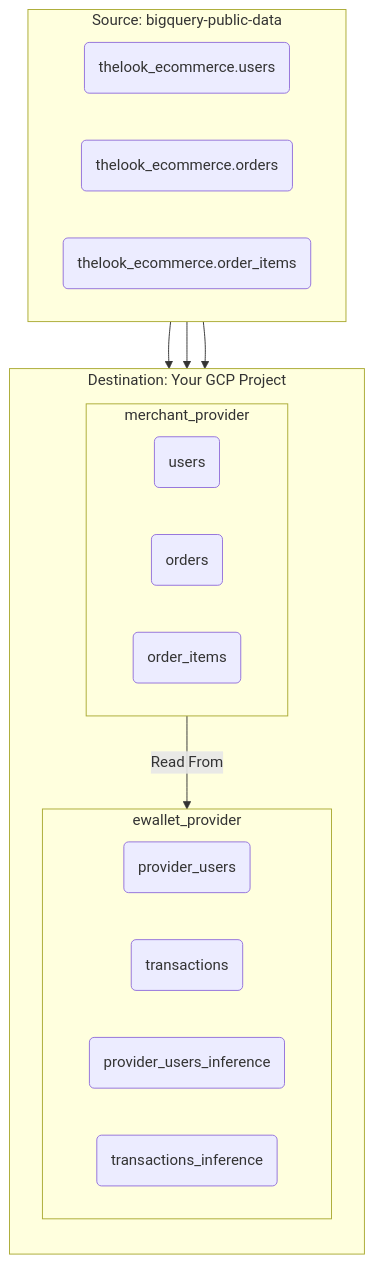
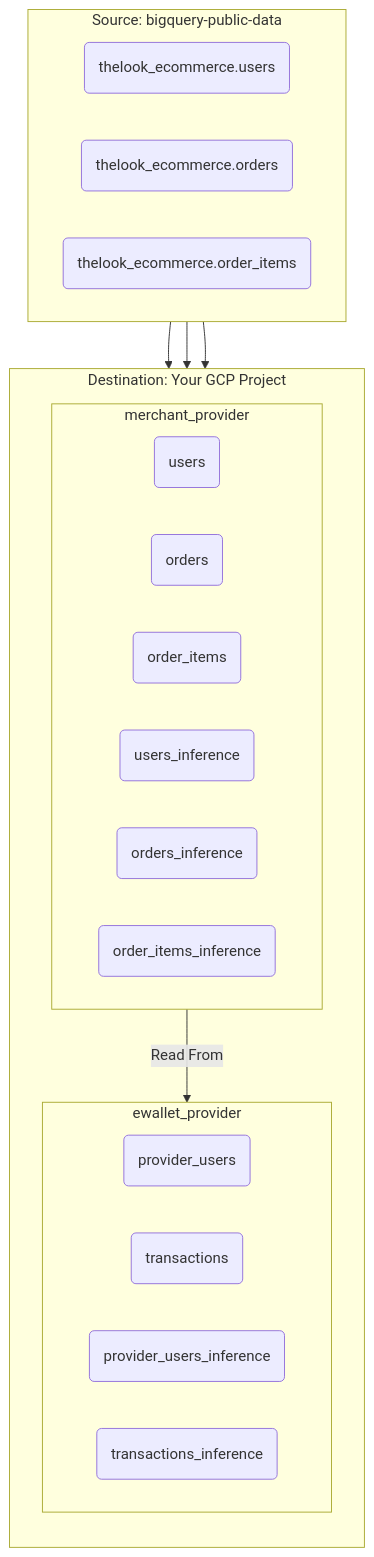
The first of 2 diagrams in README.md (johanesalxd/data-clean-room-demo), drawn with Mermaid before and after one commit. The commit also changed other lines of this file and 2 other files, not shown here.

````diff
--- a/README.md
+++ b/README.md
@@ -19,34 +17,37 @@
 ```mermaid
 graph TD
     subgraph PublicData [Source: bigquery-public-data]
         direction LR
         PublicUsers(thelook_ecommerce.users)
         PublicOrders(thelook_ecommerce.orders)
         PublicOrderItems(thelook_ecommerce.order_items)
     end
 
     subgraph YourProject [Destination: Your GCP Project]
         direction TB
 
         subgraph SnapshotDS [merchant_provider]
             direction LR
             SnapshotUsers(users)
             SnapshotOrders(orders)
             SnapshotOrderItems(order_items)
+            SnapshotUsersInf(users_inference)
+            SnapshotOrdersInf(orders_inference)
+            SnapshotOrderItemsInf(order_items_inference)
         end
 
         subgraph ProviderDS [ewallet_provider]
             direction LR
             ProviderUsers(provider_users)
             ProviderTransactions(transactions)
             ProviderUsersInf(provider_users_inference)
             ProviderTransactionsInf(transactions_inference)
         end
 
         SnapshotDS -- "Read From" --> ProviderDS
     end
 
     PublicUsers --> SnapshotUsers
     PublicOrders --> SnapshotOrders
     PublicOrderItems --> SnapshotOrderItems
 ```
````
